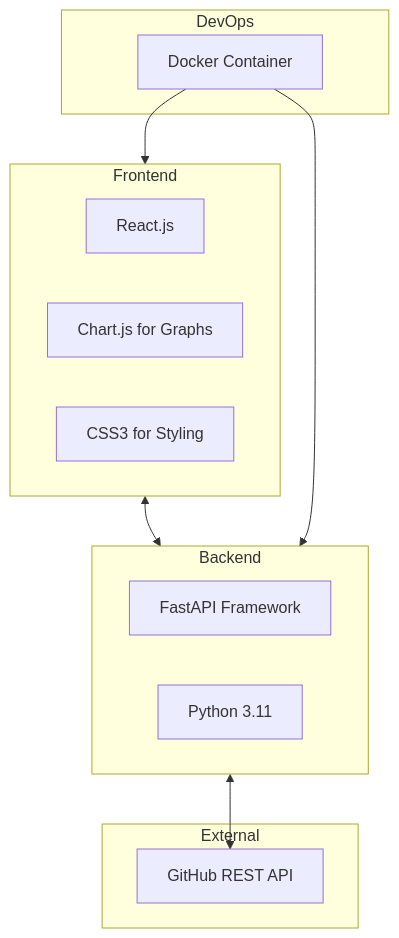
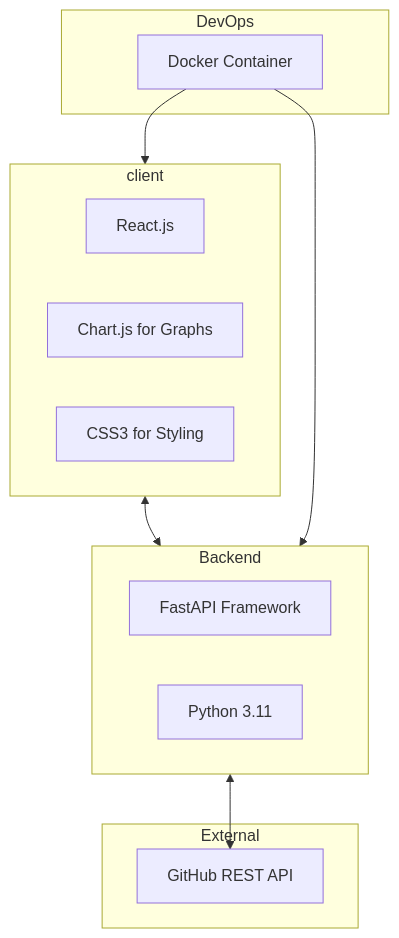
The sixth of 6 diagrams in README.md (ankush850/GitHub-portfolio-analysis-tool), drawn with Mermaid before and after one commit. The commit also changed other lines of this file, not shown here.

First line of the commit message:
Revise README for project details and architecture

````diff
--- a/README.md
+++ b/README.md
@@ -259,26 +259,26 @@
 ``` mermaid
 graph TD
-    subgraph Frontend
+    subgraph client
         React[React.js] 
         ChartJS[Chart.js for Graphs]
         CSS[CSS3 for Styling]
     end
     
     subgraph Backend
         FastAPI[FastAPI Framework]
         Python[Python 3.11]
     end
     
     subgraph External
         GitHubAPI[GitHub REST API]
     end
     
     subgraph DevOps
         Docker[Docker Container]
     end
     
-    Frontend <--> Backend
+    client <--> Backend
     Backend <--> GitHubAPI
-    Docker --> Frontend
+    Docker --> client
     Docker --> Backend
 ```
````
